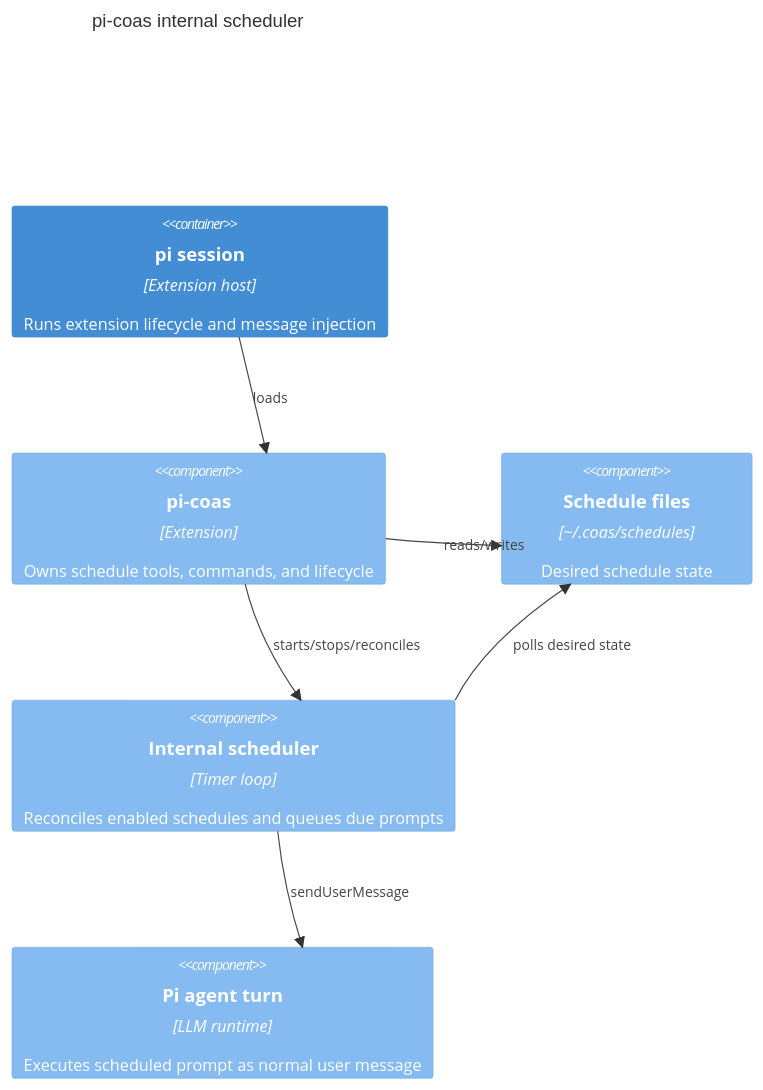
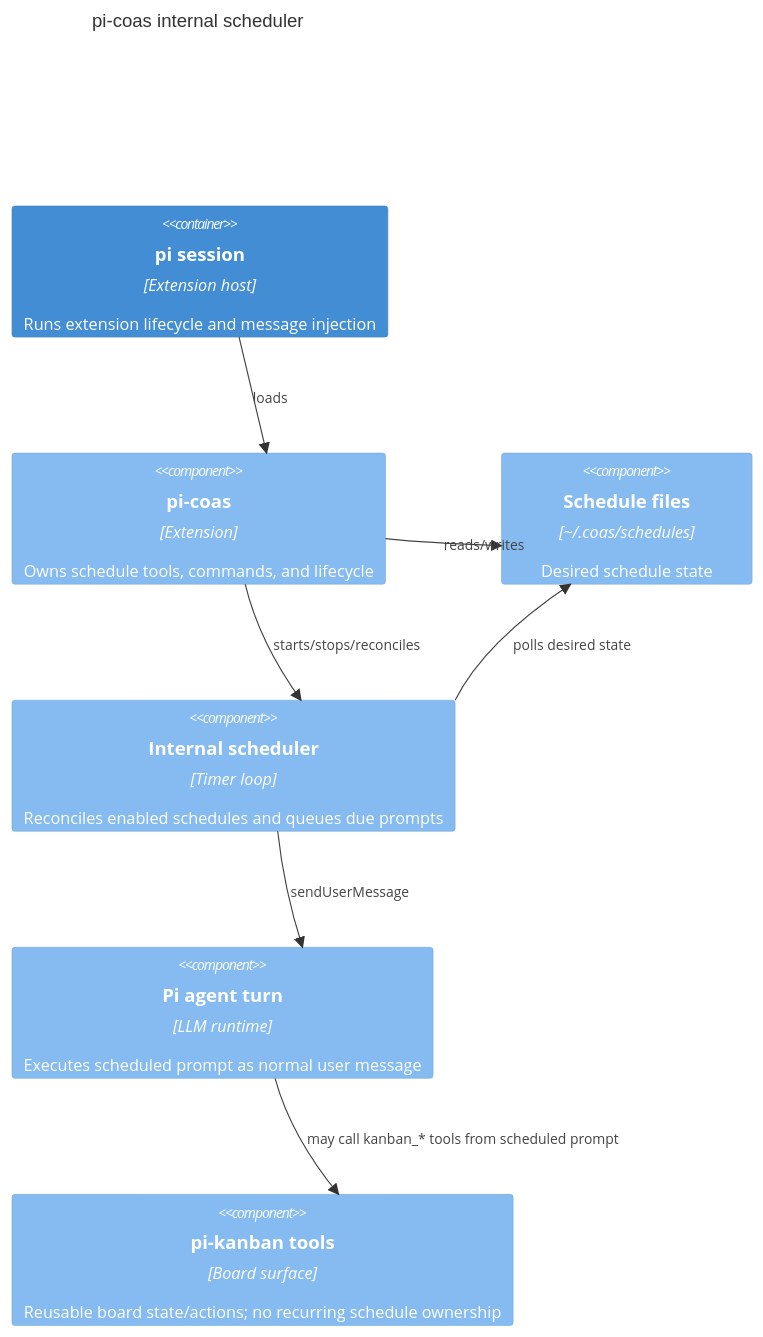
One commit to tS7hKamAYL84j91/pi-tools-and-skills changed the eighth of 8 diagrams in docs/architecture.md. Above: the diagram before and after it, drawn with Mermaid. The commit also changed other lines of this file and 4 other files, not shown here.

````diff
--- a/docs/architecture.md
+++ b/docs/architecture.md
@@ -271,14 +276,16 @@
 ```mermaid
 C4Component
     title pi-coas internal scheduler
     Container(pi, "pi session", "Extension host", "Runs extension lifecycle and message injection")
     Component(coas, "pi-coas", "Extension", "Owns schedule tools, commands, and lifecycle")
     Component(files, "Schedule files", "~/.coas/schedules", "Desired schedule state")
     Component(scheduler, "Internal scheduler", "Timer loop", "Reconciles enabled schedules and queues due prompts")
     Component(agent, "Pi agent turn", "LLM runtime", "Executes scheduled prompt as normal user message")
+    Component(kanban, "pi-kanban tools", "Board surface", "Reusable board state/actions; no recurring schedule ownership")
     Rel(pi, coas, "loads")
     Rel(coas, files, "reads/writes")
     Rel(coas, scheduler, "starts/stops/reconciles")
     Rel(scheduler, files, "polls desired state")
     Rel(scheduler, agent, "sendUserMessage")
+    Rel(agent, kanban, "may call kanban_* tools from scheduled prompt")
 ```
````
